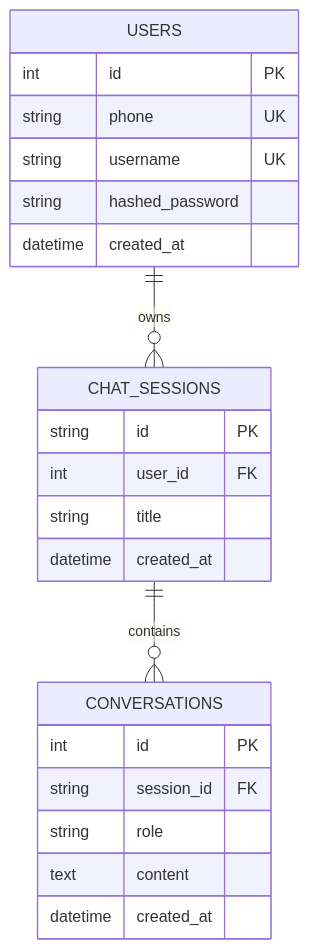
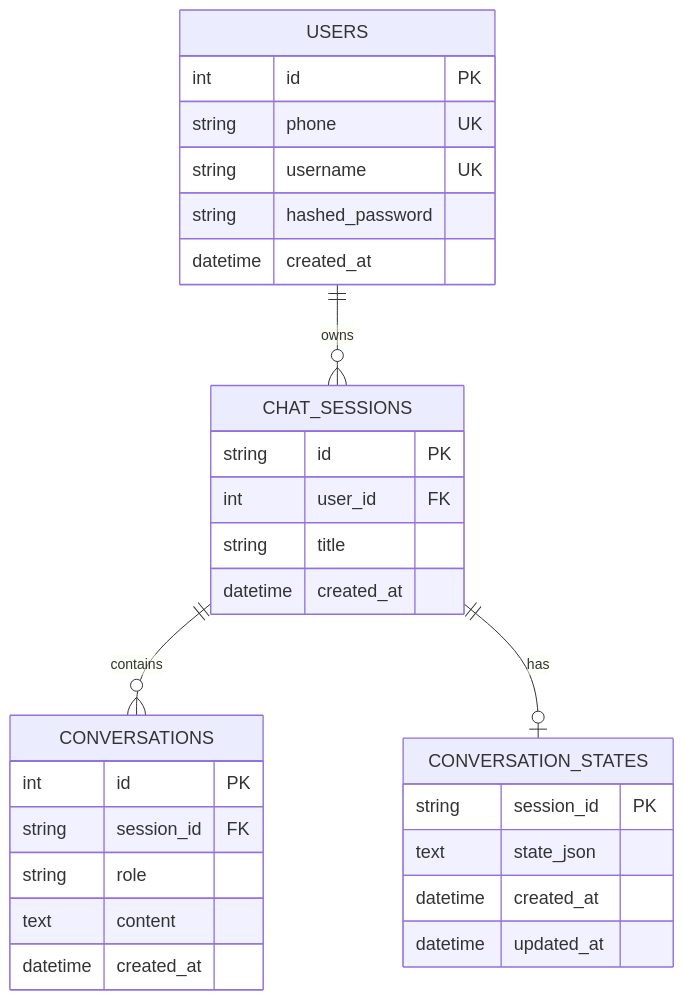
One commit to BunkhloemPEL/tvet-chatbot changed the third of 6 diagrams in PROJECT_DOCUMENTATION.md. Above: the diagram before and after it, drawn with Mermaid. The commit also changed other lines of this file and 14 other files, not shown here.

Commit message:
Add Chat session Title

````diff
--- a/PROJECT_DOCUMENTATION.md
+++ b/PROJECT_DOCUMENTATION.md
@@ -159,28 +261,37 @@
 ```mermaid
+%%{init: {"themeVariables": {"fontSize": "18px"}, "themeCSS": ".nodeLabel, .edgeLabel, .label, .actor, .messageText, .loopText { font-weight: 700 !important; }"}}%%
 erDiagram
     USERS ||--o{ CHAT_SESSIONS : owns
     CHAT_SESSIONS ||--o{ CONVERSATIONS : contains
+    CHAT_SESSIONS ||--o| CONVERSATION_STATES : has
 
     USERS {
         int id PK
         string phone UK
         string username UK
         string hashed_password
         datetime created_at
     }
 
     CHAT_SESSIONS {
         string id PK
         int user_id FK
         string title
         datetime created_at
     }
 
     CONVERSATIONS {
         int id PK
         string session_id FK
         string role
         text content
         datetime created_at
     }
+
+    CONVERSATION_STATES {
+        string session_id PK
+        text state_json
+        datetime created_at
+        datetime updated_at
+    }
 ```
````
